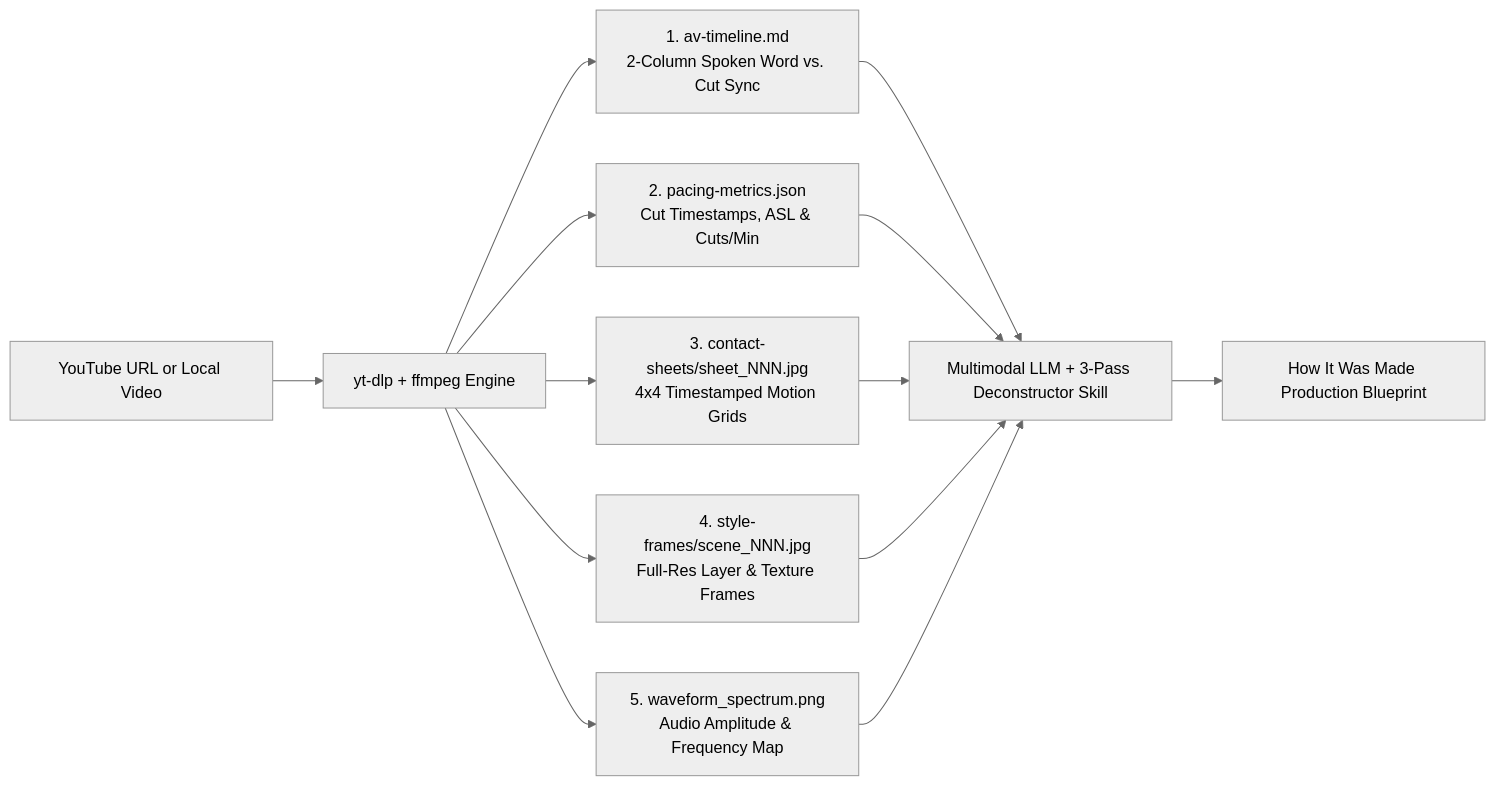
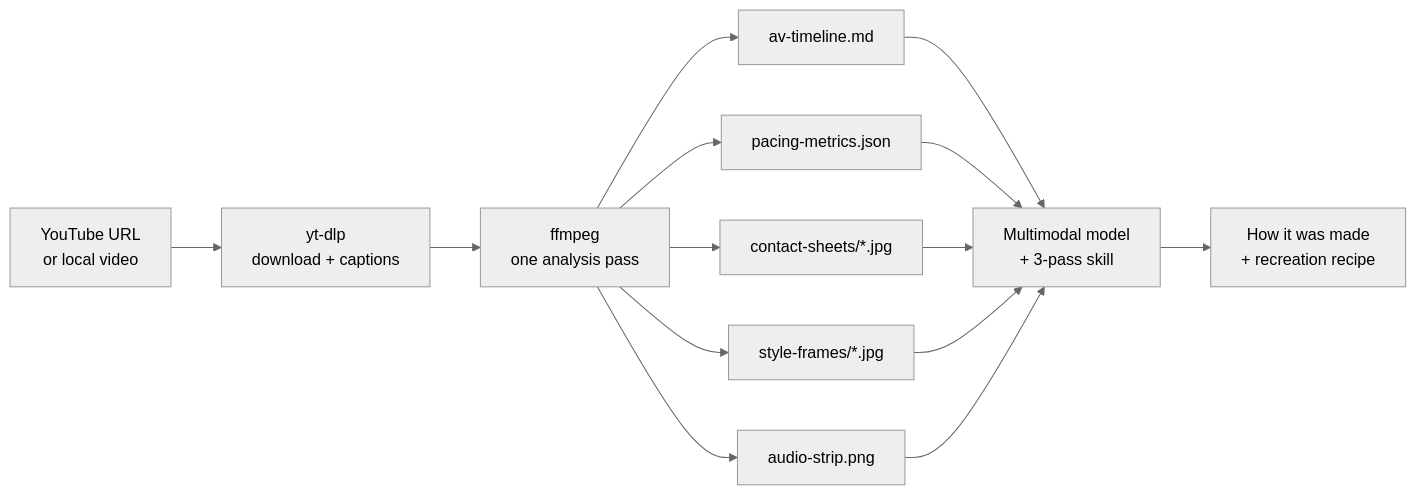
Before and after one commit to shivam098/video-deconstructor: the diagram in README.md, drawn with Mermaid (neutral theme). The commit also changed other lines of this file and 19 other files, not shown here.

First line of the commit message:
feat: implement video-deconstructor engine, CLI, MCP server and tests

````diff
--- a/README.md
+++ b/README.md
@@ -15,11 +9,12 @@
 ```mermaid
 flowchart LR
-    A[YouTube URL or Local Video] --> B[yt-dlp + ffmpeg Engine]
-    B --> C1[1. av-timeline.md<br/>2-Column Spoken Word vs. Cut Sync]
-    B --> C2[2. pacing-metrics.json<br/>Cut Timestamps, ASL & Cuts/Min]
-    B --> C3[3. contact-sheets/sheet_NNN.jpg<br/>4x4 Timestamped Motion Grids]
-    B --> C4[4. style-frames/scene_NNN.jpg<br/>Full-Res Layer & Texture Frames]
-    B --> C5[5. waveform_spectrum.png<br/>Audio Amplitude & Frequency Map]
-    C1 & C2 & C3 & C4 & C5 --> D[Multimodal LLM + 3-Pass Deconstructor Skill]
-    D --> E["How It Was Made" Production Blueprint]
+    A[YouTube URL<br/>or local video] --> B[yt-dlp<br/>download + captions]
+    B --> C[ffmpeg<br/>one analysis pass]
+    C --> D1[av-timeline.md]
+    C --> D2[pacing-metrics.json]
+    C --> D3[contact-sheets/*.jpg]
+    C --> D4[style-frames/*.jpg]
+    C --> D5[audio-strip.png]
+    D1 & D2 & D3 & D4 & D5 --> E[Multimodal model<br/>+ 3-pass skill]
+    E --> F[How it was made<br/>+ recreation recipe]
 ```
````
